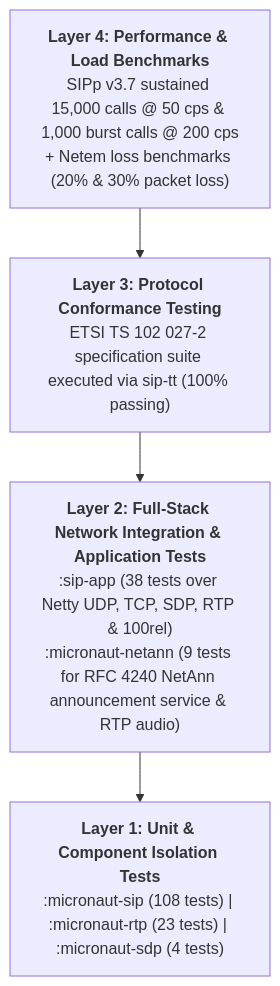
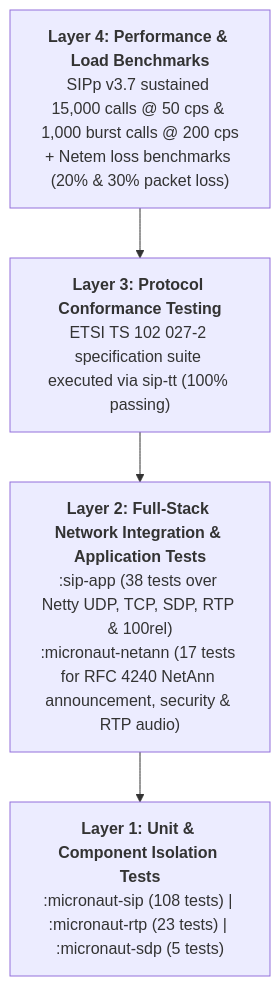
Before and after one commit to net-pilgrim/micronaut-sip: the diagram in doc/TESTING.md, drawn with Mermaid. The commit also changed other lines of this file and 20 other files, not shown here.

````diff
--- a/doc/TESTING.md
+++ b/doc/TESTING.md
@@ -7,10 +7,10 @@
 ```mermaid
 flowchart TD
     L4["<b>Layer 4: Performance & Load Benchmarks</b><br/>SIPp v3.7 sustained 15,000 calls @ 50 cps & 1,000 burst calls @ 200 cps<br/>+ Netem loss benchmarks (20% & 30% packet loss)"]
     L3["<b>Layer 3: Protocol Conformance Testing</b><br/>ETSI TS 102 027-2 specification suite executed via sip-tt (100% passing)"]
-    L2["<b>Layer 2: Full-Stack Network Integration & Application Tests</b><br/>:sip-app (38 tests over Netty UDP, TCP, SDP, RTP & 100rel)<br/>:micronaut-netann (9 tests for RFC 4240 NetAnn announcement service & RTP audio)"]
-    L1["<b>Layer 1: Unit & Component Isolation Tests</b><br/>:micronaut-sip (108 tests) | :micronaut-rtp (23 tests) | :micronaut-sdp (4 tests)"]
+    L2["<b>Layer 2: Full-Stack Network Integration & Application Tests</b><br/>:sip-app (38 tests over Netty UDP, TCP, SDP, RTP & 100rel)<br/>:micronaut-netann (17 tests for RFC 4240 NetAnn announcement, security & RTP audio)"]
+    L1["<b>Layer 1: Unit & Component Isolation Tests</b><br/>:micronaut-sip (108 tests) | :micronaut-rtp (23 tests) | :micronaut-sdp (5 tests)"]
     L4 --> L3
     L3 --> L2
     L2 --> L1
 ```
````
